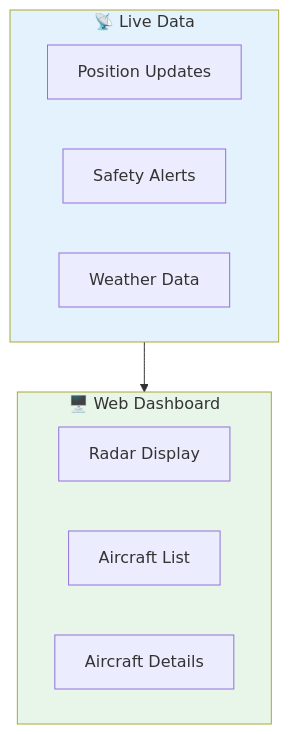
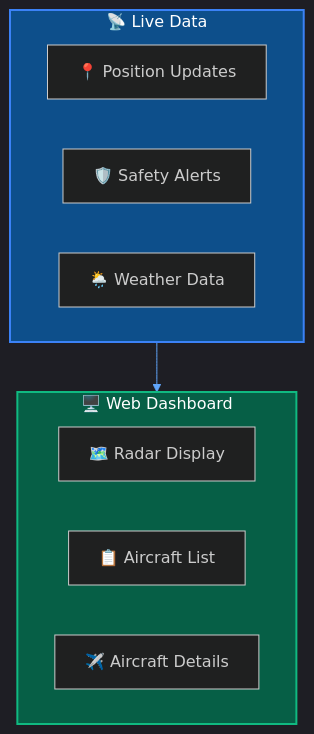
One commit to CHA0S-CORP/SkySpyDocs changed the second of 2 diagrams in docs/Getting Started/quick-start.md. Above: the diagram before and after it, drawn with Mermaid. The commit also changed other lines of this file and 11 other files, not shown here.

````diff
--- a/docs/Getting Started/quick-start.md
+++ b/docs/Getting Started/quick-start.md
@@ -94,20 +95,21 @@
 ```mermaid
+%%{init: {'theme': 'dark', 'themeVariables': { 'primaryColor': '#1e3a5f', 'primaryTextColor': '#fff', 'primaryBorderColor': '#3b82f6', 'lineColor': '#60a5fa'}}}%%
 flowchart TB
     subgraph Dashboard["🖥️ Web Dashboard"]
         direction LR
-        RADAR[Radar Display]
-        LIST[Aircraft List]
-        DETAIL[Aircraft Details]
+        RADAR["🗺️ Radar Display"]
+        LIST["📋 Aircraft List"]
+        DETAIL["✈️ Aircraft Details"]
     end
 
     subgraph Data["📡 Live Data"]
-        POS[Position Updates]
-        SAFE[Safety Alerts]
-        WX[Weather Data]
+        POS["📍 Position Updates"]
+        SAFE["🛡️ Safety Alerts"]
+        WX["🌦️ Weather Data"]
     end
 
     Data --> Dashboard
 
-    style Dashboard fill:#e8f5e9
-    style Data fill:#e3f2fd
+    style Dashboard fill:#065f46,stroke:#10b981,stroke-width:2px,color:#fff
+    style Data fill:#0d4f8b,stroke:#3b82f6,stroke-width:2px,color:#fff
 ```
````
